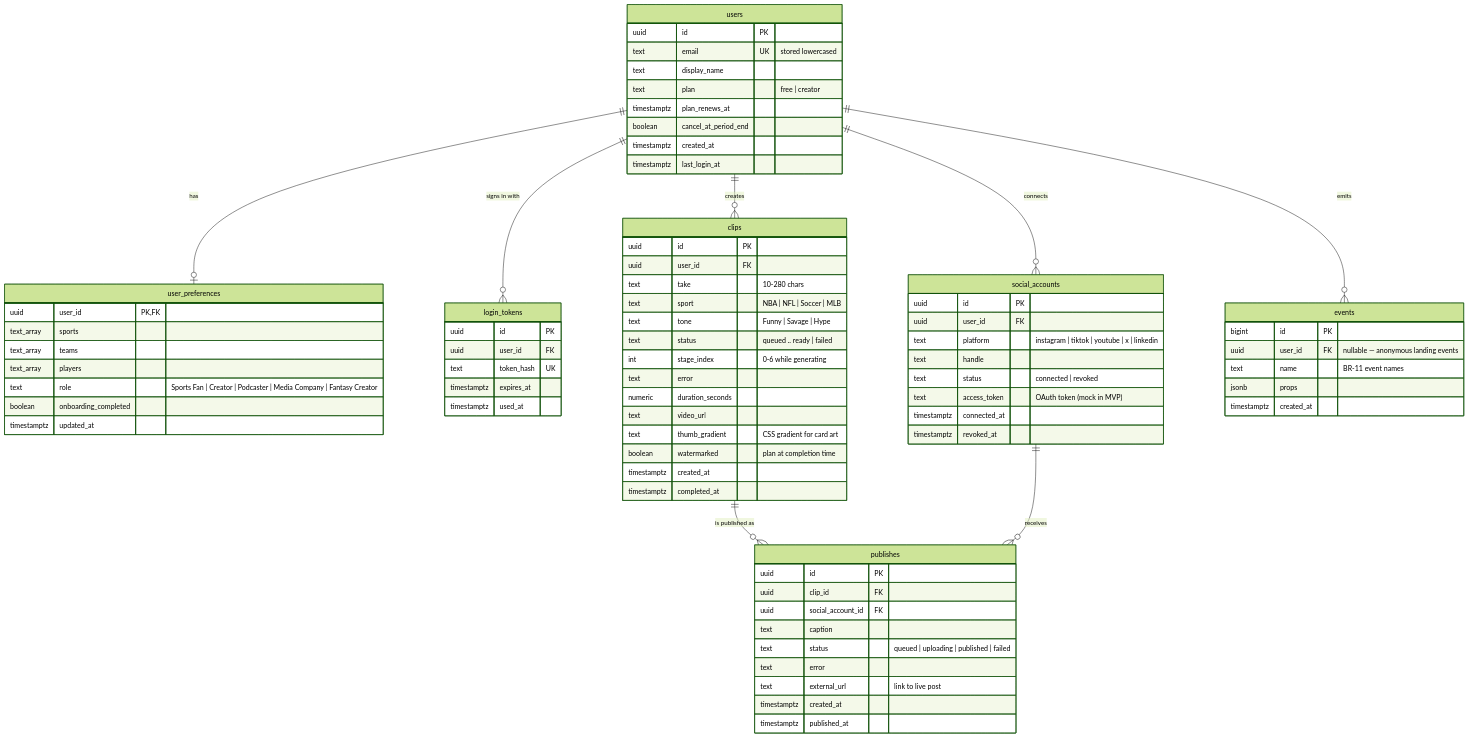
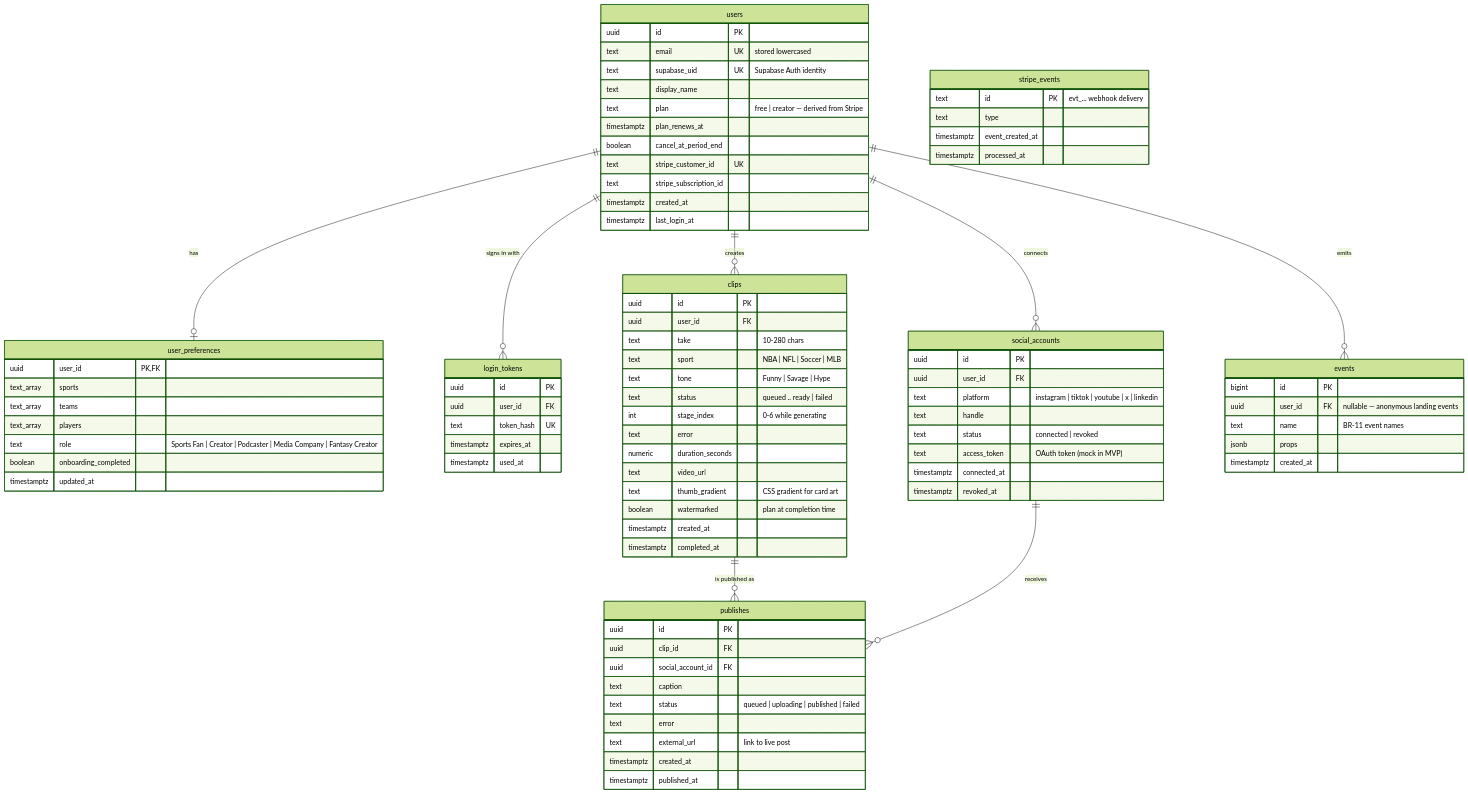
One commit to mohitreddy-db/banter-clips changed the diagram in backend/DATABASE.md. Above: the diagram before and after it, drawn with Mermaid (forest theme). The commit also changed other lines of this file and 3 other files, not shown here.

```diff
--- a/backend/DATABASE.md
+++ b/backend/DATABASE.md
@@ -24,12 +24,21 @@
     users {
         uuid id PK
         text email UK "stored lowercased"
+        text supabase_uid UK "Supabase Auth identity"
         text display_name
-        text plan "free | creator"
+        text plan "free | creator — derived from Stripe"
         timestamptz plan_renews_at
         boolean cancel_at_period_end
+        text stripe_customer_id UK
+        text stripe_subscription_id
         timestamptz created_at
         timestamptz last_login_at
+    }
+    stripe_events {
+        text id PK "evt_... webhook delivery"
+        text type
+        timestamptz event_created_at
+        timestamptz processed_at
     }
     user_preferences {
         uuid user_id PK,FK
```
